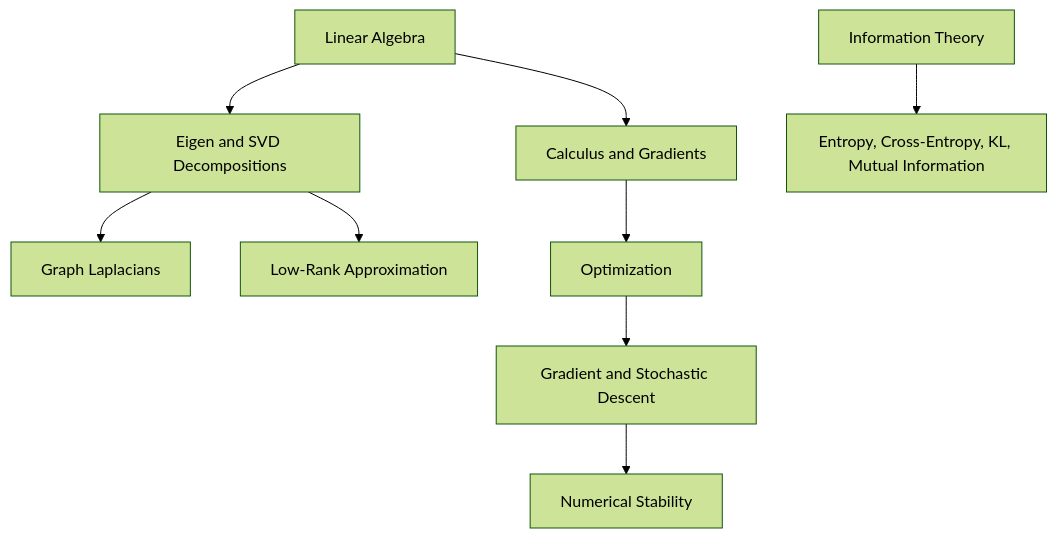
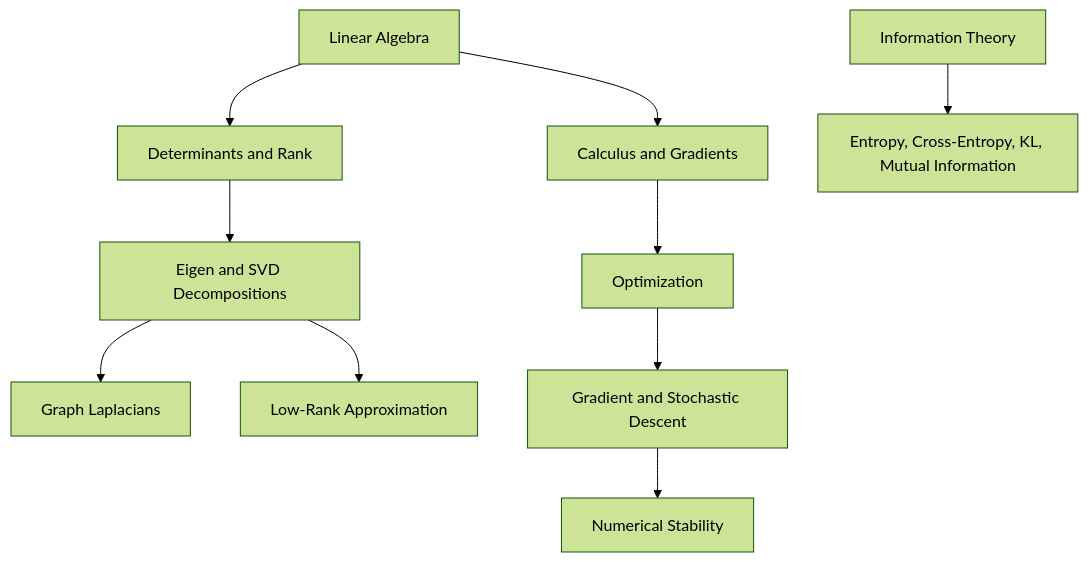
Before and after one commit to tilt/data-science-wiki: the diagram in content/01-mathematical-foundations/index.md, drawn with Mermaid (forest theme). The commit also changed other lines of this file and 10 other files, not shown here.

````diff
--- a/content/01-mathematical-foundations/index.md
+++ b/content/01-mathematical-foundations/index.md
@@ -45,11 +46,12 @@
 ```mermaid
 flowchart TD
-  LA[Linear Algebra] --> Decomp[Eigen and SVD Decompositions]
+  LA[Linear Algebra] --> Det[Determinants and Rank]
+  Det --> Decomp[Eigen and SVD Decompositions]
   Decomp --> Graph[Graph Laplacians]
   Decomp --> LowRank[Low-Rank Approximation]
   LA --> Calc[Calculus and Gradients]
   Calc --> Opt[Optimization]
   Opt --> GD[Gradient and Stochastic Descent]
   GD --> NumStab[Numerical Stability]
   Info[Information Theory] --> Losses[Entropy, Cross-Entropy, KL, Mutual Information]
 ```
````
